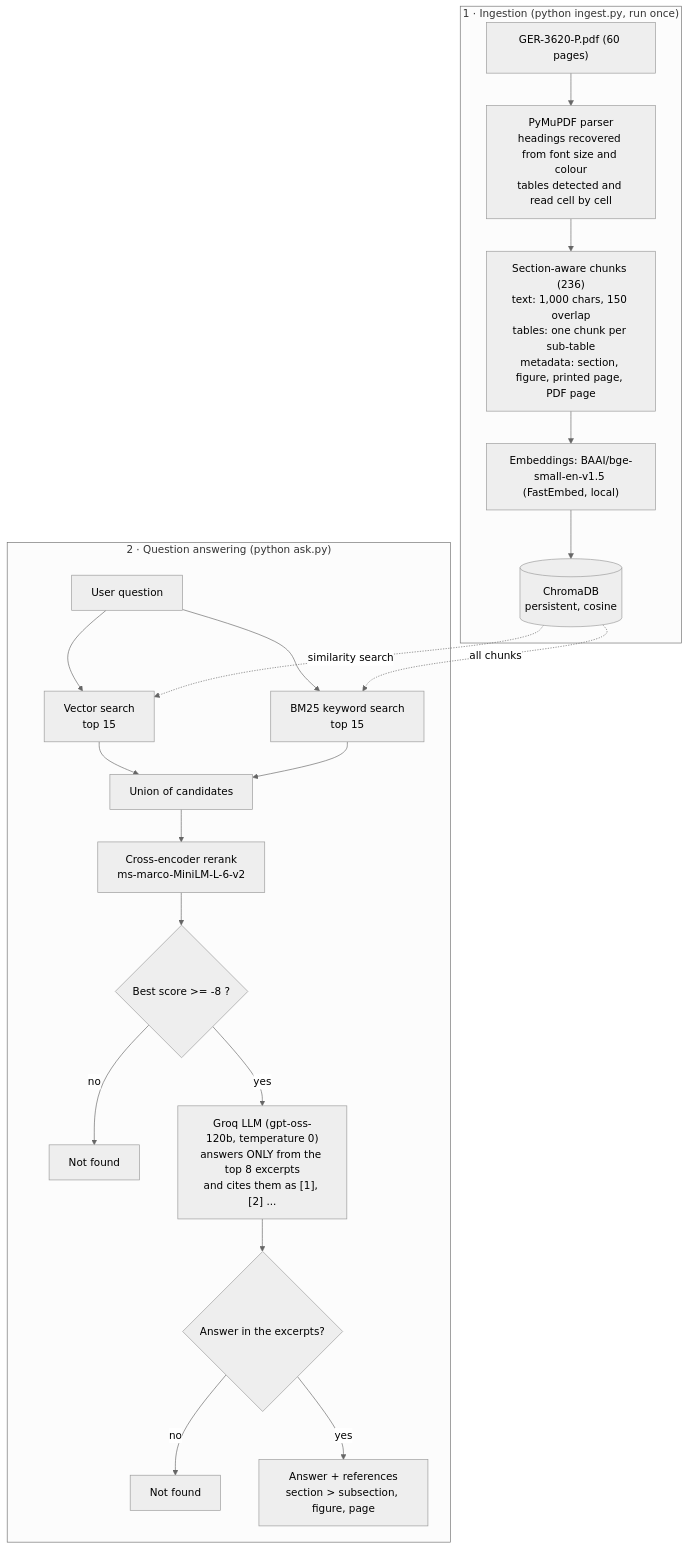
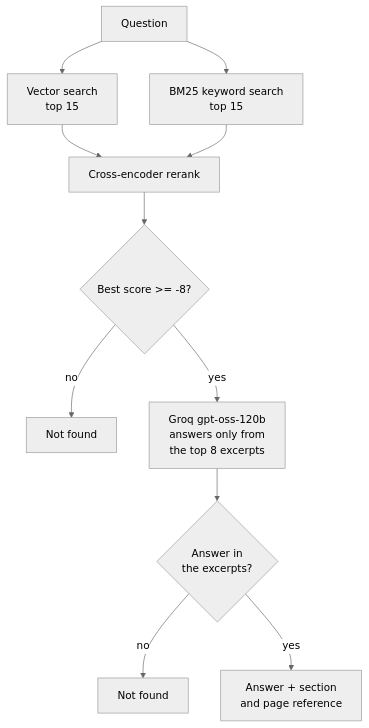
One commit to adityamukesh/genai-aditya changed the second of 2 diagrams in README.md. Above: the diagram before and after it, drawn with Mermaid (neutral theme). The commit also changed other lines of this file, not shown here.

Commit message:
README: split flow into two compact diagrams

````diff
--- a/README.md
+++ b/README.md
@@ -67,26 +79,13 @@
 ```mermaid
 flowchart TD
-    subgraph ING["1 · Ingestion (python ingest.py, run once)"]
-        A["GER-3620-P.pdf (60 pages)"] --> B["PyMuPDF parser<br/>headings recovered from font size and colour<br/>tables detected and read cell by cell"]
-        B --> C["Section-aware chunks (236)<br/>text: 1,000 chars, 150 overlap<br/>tables: one chunk per sub-table<br/>metadata: section, figure, printed page, PDF page"]
-        C --> D["Embeddings: BAAI/bge-small-en-v1.5 (FastEmbed, local)"]
-        D --> E[("ChromaDB<br/>persistent, cosine")]
-    end
-
-    subgraph QRY["2 · Question answering (python ask.py)"]
-        Q["User question"] --> V["Vector search<br/>top 15"]
-        Q --> K["BM25 keyword search<br/>top 15"]
-        V --> U["Union of candidates"]
-        K --> U
-        U --> R["Cross-encoder rerank<br/>ms-marco-MiniLM-L-6-v2"]
-        R --> G{"Best score >= -8 ?"}
-        G -- "no" --> NF1["Not found"]
-        G -- "yes" --> L["Groq LLM (gpt-oss-120b, temperature 0)<br/>answers ONLY from the top 8 excerpts<br/>and cites them as [1], [2] ..."]
-        L --> H{"Answer in the excerpts?"}
-        H -- "no" --> NF2["Not found"]
-        H -- "yes" --> O["Answer + references<br/>section > subsection, figure, page"]
-    end
-
-    E -.->|similarity search| V
-    E -.->|all chunks| K
+    Q["Question"] --> V["Vector search<br/>top 15"]
+    Q --> K["BM25 keyword search<br/>top 15"]
+    V --> R["Cross-encoder rerank"]
+    K --> R
+    R --> G{"Best score >= -8?"}
+    G -- no --> NF1["Not found"]
+    G -- yes --> L["Groq gpt-oss-120b<br/>answers only from<br/>the top 8 excerpts"]
+    L --> H{"Answer in<br/>the excerpts?"}
+    H -- no --> NF2["Not found"]
+    H -- yes --> O["Answer + section<br/>and page reference"]
 ```
````
